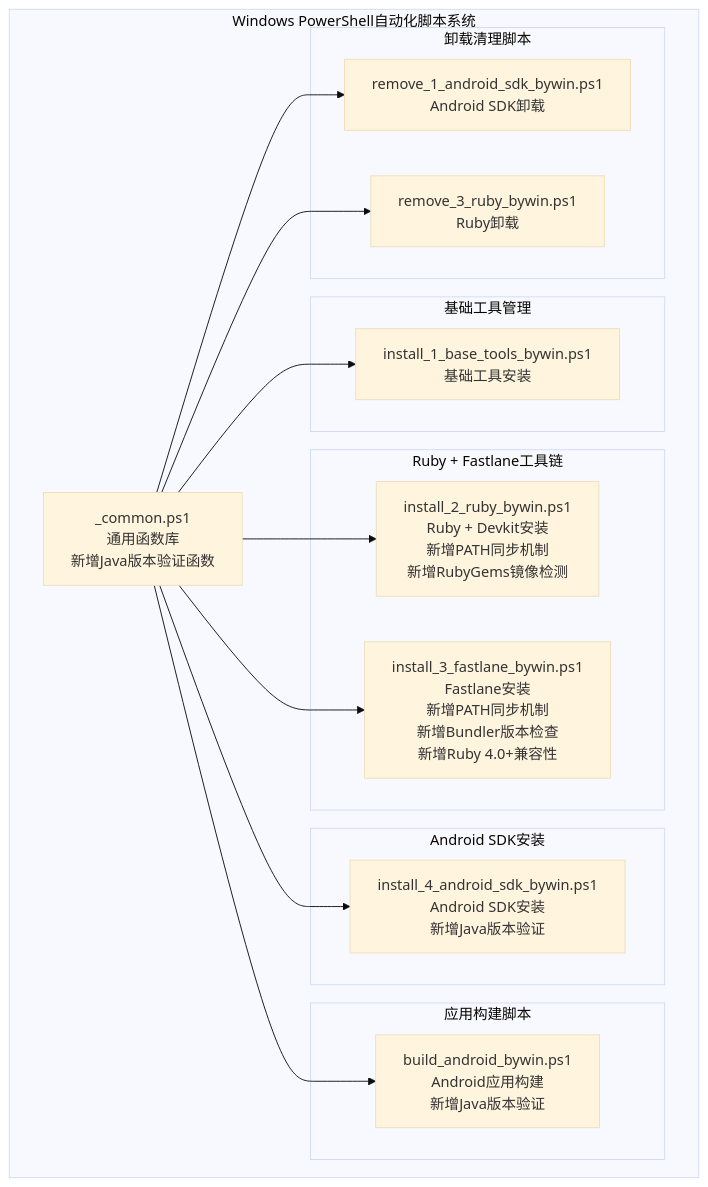
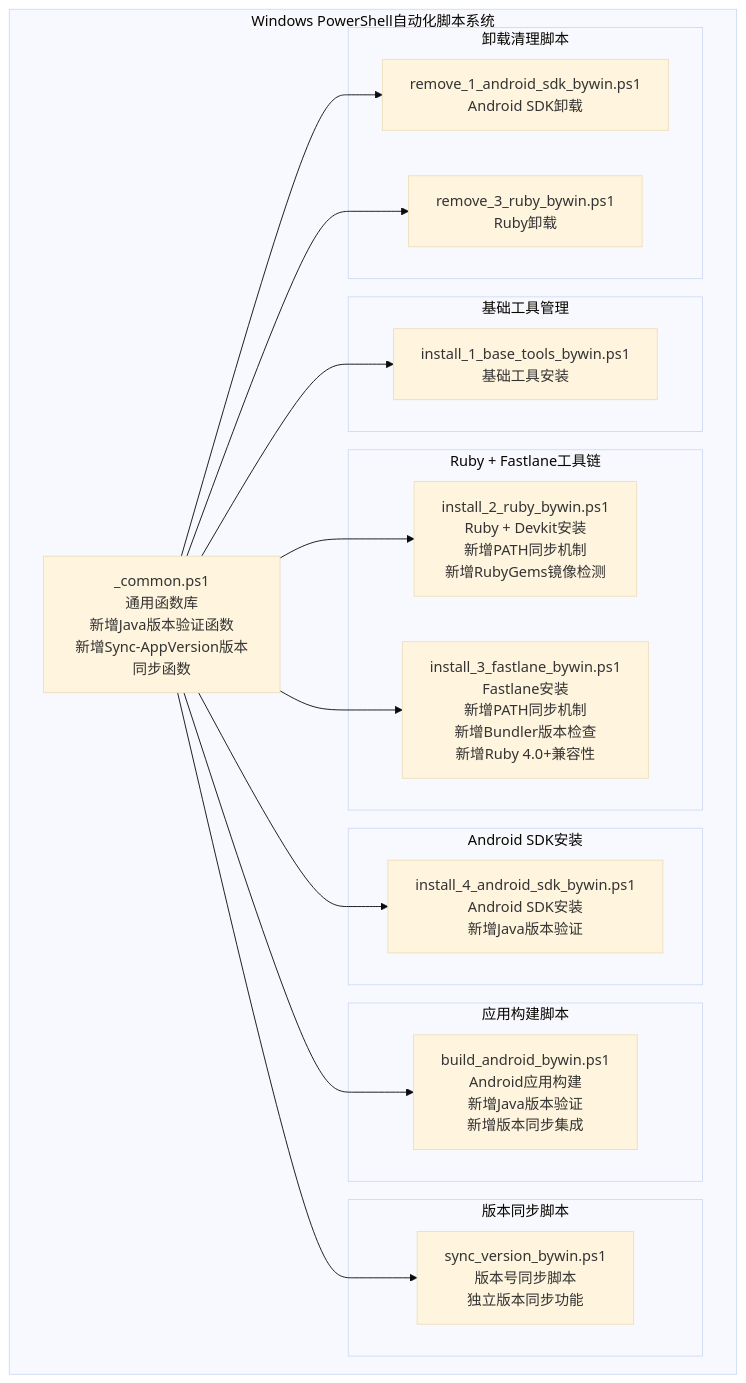
One commit to tea4go/Macro-Deck-Client-App changed the first of 9 diagrams in .qoder/repowiki/zh/content/构建与部署/Windows PowerShell自动化.md. Above: the diagram before and after it, drawn with Mermaid (base theme). The commit also changed other lines of this file and 37 other files, not shown here.

````diff
--- a/.qoder/repowiki/zh/content/构建与部署/Windows PowerShell自动化.md
+++ b/.qoder/repowiki/zh/content/构建与部署/Windows PowerShell自动化.md
@@ -68,30 +74,34 @@
 ```mermaid
 graph TB
 subgraph "Windows PowerShell自动化脚本系统"
-Common[_common.ps1<br/>通用函数库<br/>新增Java版本验证函数]
+Common[_common.ps1<br/>通用函数库<br/>新增Java版本验证函数<br/>新增Sync-AppVersion版本同步函数]
 subgraph "基础工具管理"
 BaseTools[install_1_base_tools_bywin.ps1<br/>基础工具安装]
 end
 subgraph "Ruby + Fastlane工具链"
 InstallRuby[install_2_ruby_bywin.ps1<br/>Ruby + Devkit安装<br/>新增PATH同步机制<br/>新增RubyGems镜像检测]
 InstallFastlane[install_3_fastlane_bywin.ps1<br/>Fastlane安装<br/>新增PATH同步机制<br/>新增Bundler版本检查<br/>新增Ruby 4.0+兼容性]
 end
 subgraph "Android SDK安装"
 InstallSDK[install_4_android_sdk_bywin.ps1<br/>Android SDK安装<br/>新增Java版本验证]
 end
 subgraph "应用构建脚本"
-BuildAndroid[build_android_bywin.ps1<br/>Android应用构建<br/>新增Java版本验证]
+BuildAndroid[build_android_bywin.ps1<br/>Android应用构建<br/>新增Java版本验证<br/>新增版本同步集成]
+end
+subgraph "版本同步脚本"
+SyncVersion[sync_version_bywin.ps1<br/>版本号同步脚本<br/>独立版本同步功能]
 end
 subgraph "卸载清理脚本"
 RemoveSDK[remove_1_android_sdk_bywin.ps1<br/>Android SDK卸载]
 RemoveRuby[remove_3_ruby_bywin.ps1<br/>Ruby卸载]
 end
 Common --> BaseTools
 Common --> InstallRuby
 Common --> InstallFastlane
 Common --> InstallSDK
 Common --> BuildAndroid
+Common --> SyncVersion
 Common --> RemoveSDK
 Common --> RemoveRuby
 end
 ```
````
